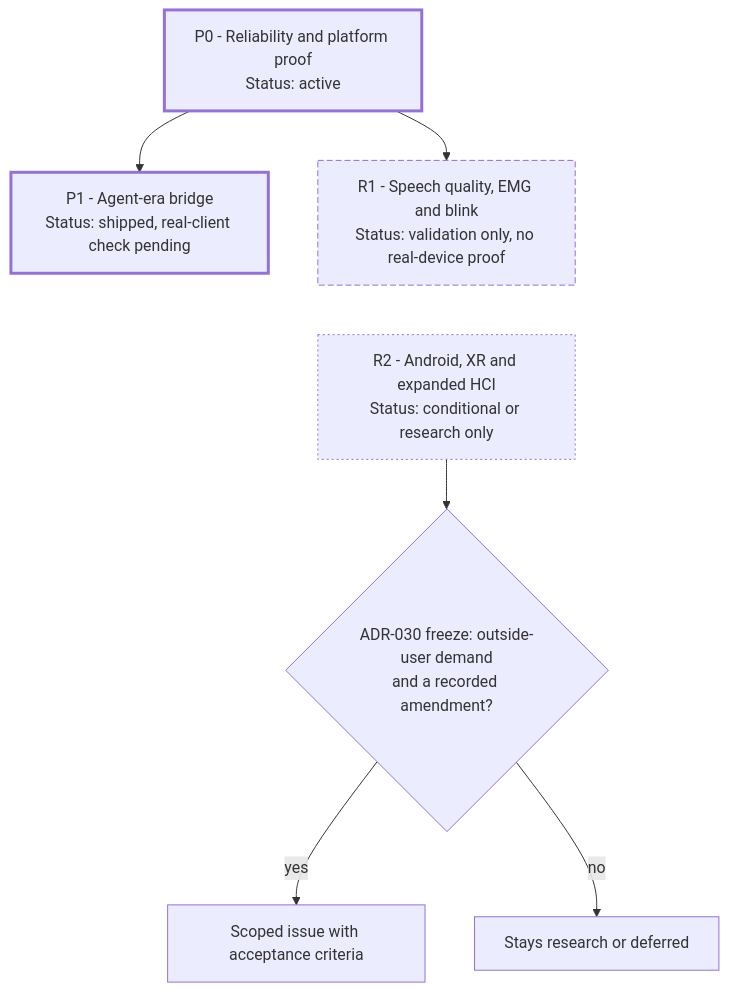
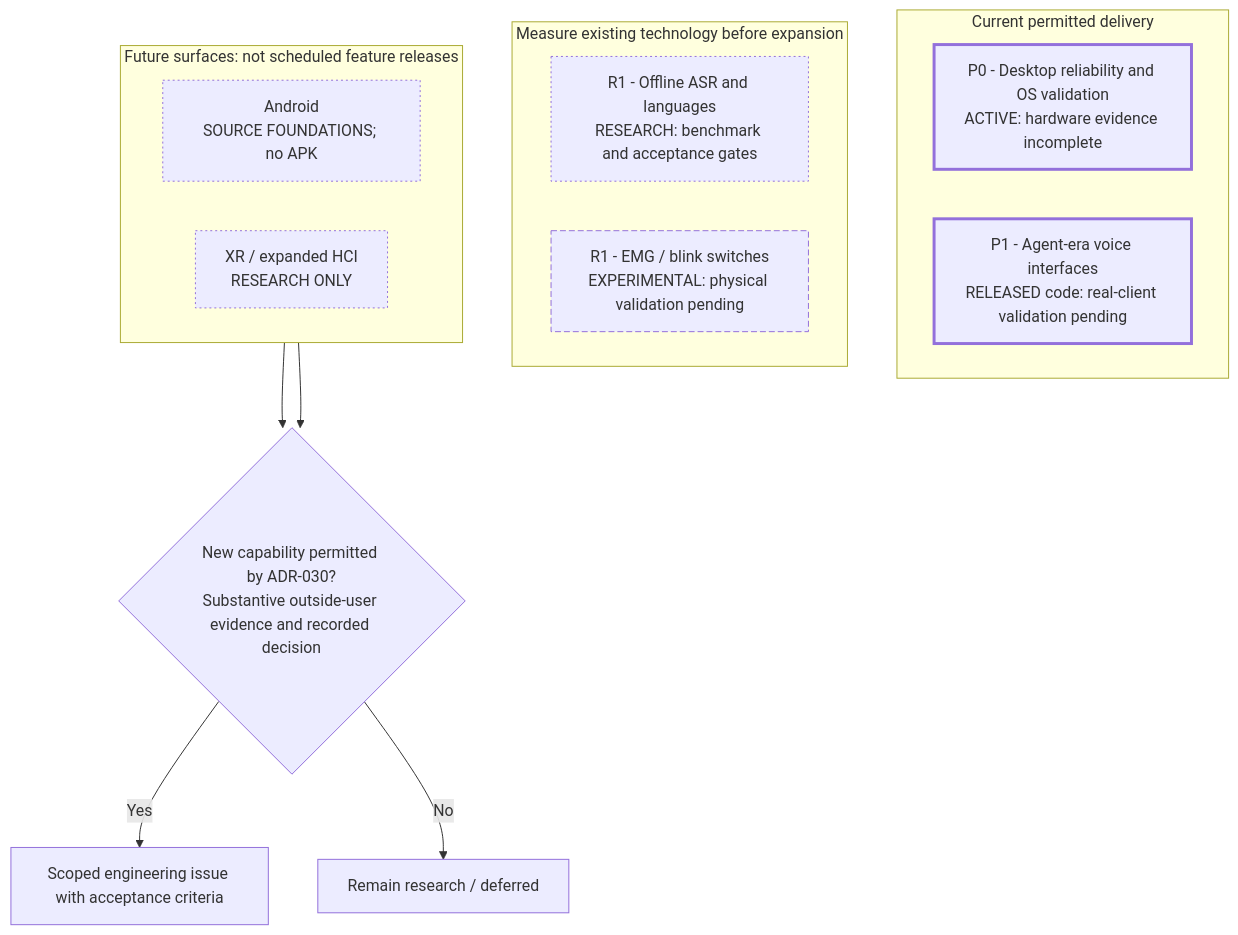
One commit to MSKazemi/yazses changed the second of 3 diagrams in docs/roadmap.md. Above: the diagram before and after it, drawn with Mermaid. The commit also changed other lines of this file, not shown here.

Commit message:
docs(roadmap): separate released, tested and conditional lanes in diagrams

````diff
--- a/docs/roadmap.md
+++ b/docs/roadmap.md
@@ -114,22 +121,31 @@
 ```mermaid
 flowchart TB
-    P0["P0 - Reliability and platform proof<br/>Status: active"]
-    P1["P1 - Agent-era bridge<br/>Status: shipped, real-client check pending"]
-    V["R1 - Speech quality, EMG and blink<br/>Status: validation only, no real-device proof"]
-    C["R2 - Android, XR and expanded HCI<br/>Status: conditional or research only"]
-    GATE{"ADR-030 freeze: outside-user demand<br/>and a recorded amendment?"}
-    SCOPE["Scoped issue with acceptance criteria"]
-    STAY["Stays research or deferred"]
-    P0 --> P1
-    P0 --> V
-    V ~~~ C
-    C --> GATE
-    GATE -->|"yes"| SCOPE
-    GATE -->|"no"| STAY
-    classDef shipped stroke-width:3px
+    subgraph DELIVERY["Current permitted delivery"]
+      direction LR
+      P0["P0 - Desktop reliability and OS validation<br/>ACTIVE: hardware evidence incomplete"]
+      P1["P1 - Agent-era voice interfaces<br/>RELEASED code: real-client validation pending"]
+    end
+    subgraph RESEARCH["Measure existing technology before expansion"]
+      direction LR
+      ASR["R1 - Offline ASR and languages<br/>RESEARCH: benchmark and acceptance gates"]
+      BIO["R1 - EMG / blink switches<br/>EXPERIMENTAL: physical validation pending"]
+    end
+    subgraph HORIZON["Future surfaces: not scheduled feature releases"]
+      direction LR
+      AND["Android<br/>SOURCE FOUNDATIONS; no APK"]
+      XR["XR / expanded HCI<br/>RESEARCH ONLY"]
+    end
+    G{"New capability permitted by ADR-030?<br/>Substantive outside-user evidence and recorded decision"}
+    BUILD["Scoped engineering issue with acceptance criteria"]
+    PARK["Remain research / deferred"]
+    AND --> G
+    XR --> G
+    G -->|"Yes"| BUILD
+    G -->|"No"| PARK
+    classDef current stroke-width:3px
     classDef experimental stroke-dasharray:6 3
     classDef research stroke-dasharray:2 3
-    class P0,P1 shipped
-    class V experimental
-    class C research
+    class P0,P1 current
+    class BIO experimental
+    class ASR,AND,XR research
 ```
````
